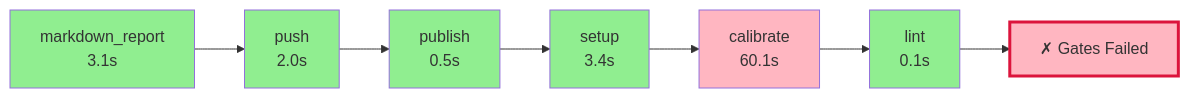
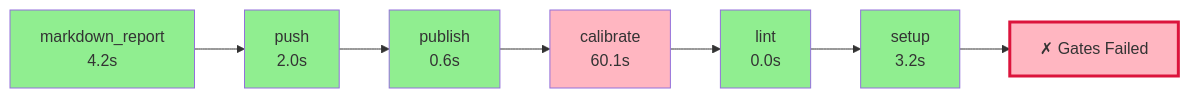
One commit to wronai/fixos changed the diagram in .pyqual/report.md. Above: the diagram before and after it, drawn with Mermaid. The commit also changed other lines of this file and 2 other files, not shown here.

````diff
--- a/.pyqual/report.md
+++ b/.pyqual/report.md
@@ -10,23 +10,23 @@
 ```mermaid
 flowchart LR
-    S0["markdown_report<br/>3.1s"]
+    S0["markdown_report<br/>4.2s"]
     style S0 fill:#90EE90
     S1["push<br/>2.0s"]
     style S1 fill:#90EE90
     S0 --> S1
-    S2["publish<br/>0.5s"]
+    S2["publish<br/>0.6s"]
     style S2 fill:#90EE90
     S1 --> S2
-    S3["setup<br/>3.4s"]
-    style S3 fill:#90EE90
+    S3["calibrate<br/>60.1s"]
+    style S3 fill:#FFB6C1
     S2 --> S3
-    S4["calibrate<br/>60.1s"]
-    style S4 fill:#FFB6C1
+    S4["lint<br/>0.0s"]
+    style S4 fill:#90EE90
     S3 --> S4
-    S5["lint<br/>0.1s"]
+    S5["setup<br/>3.2s"]
     style S5 fill:#90EE90
     S4 --> S5
     G["✗ Gates Failed"]
     style G fill:#FFB6C1,stroke:#DC143C,stroke-width:3px
     S5 --> G
 ```
````
